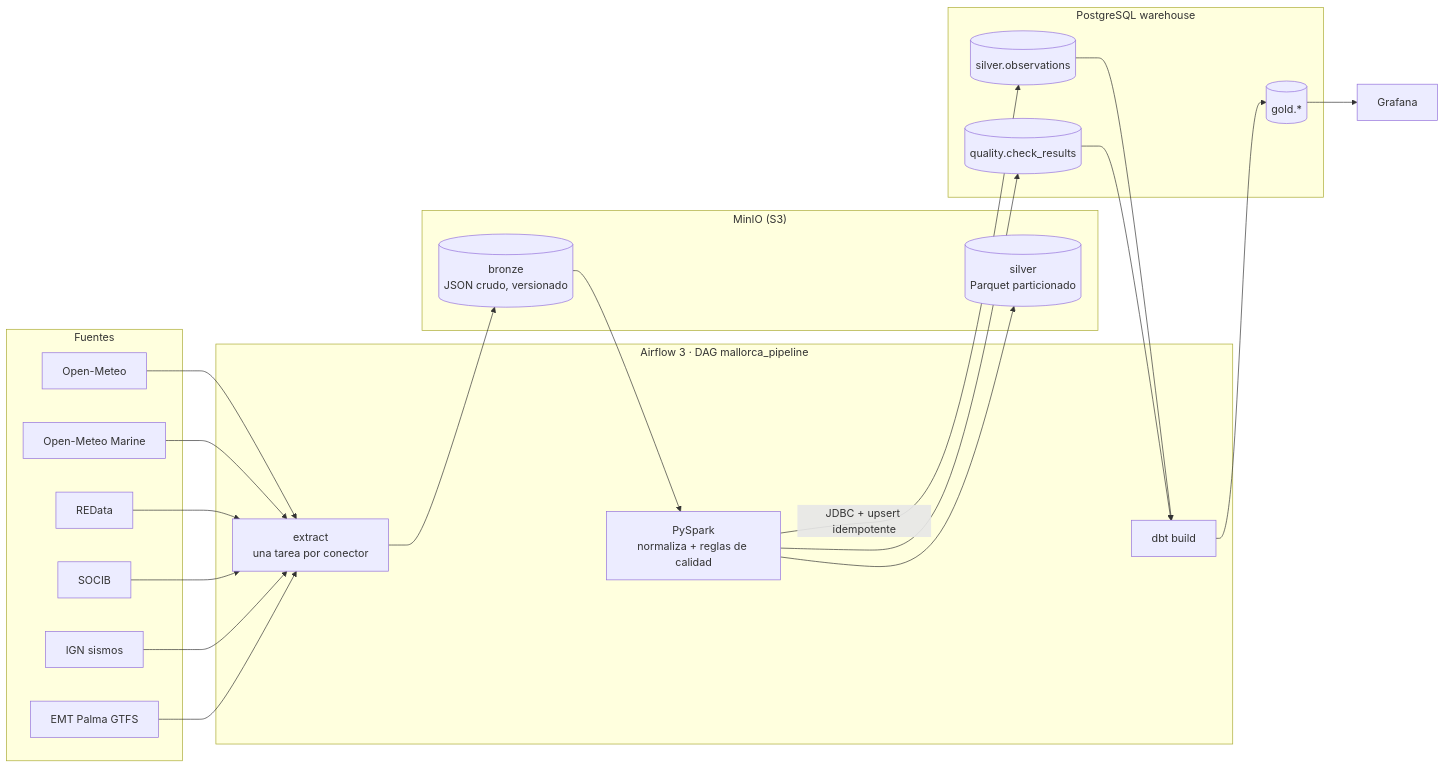
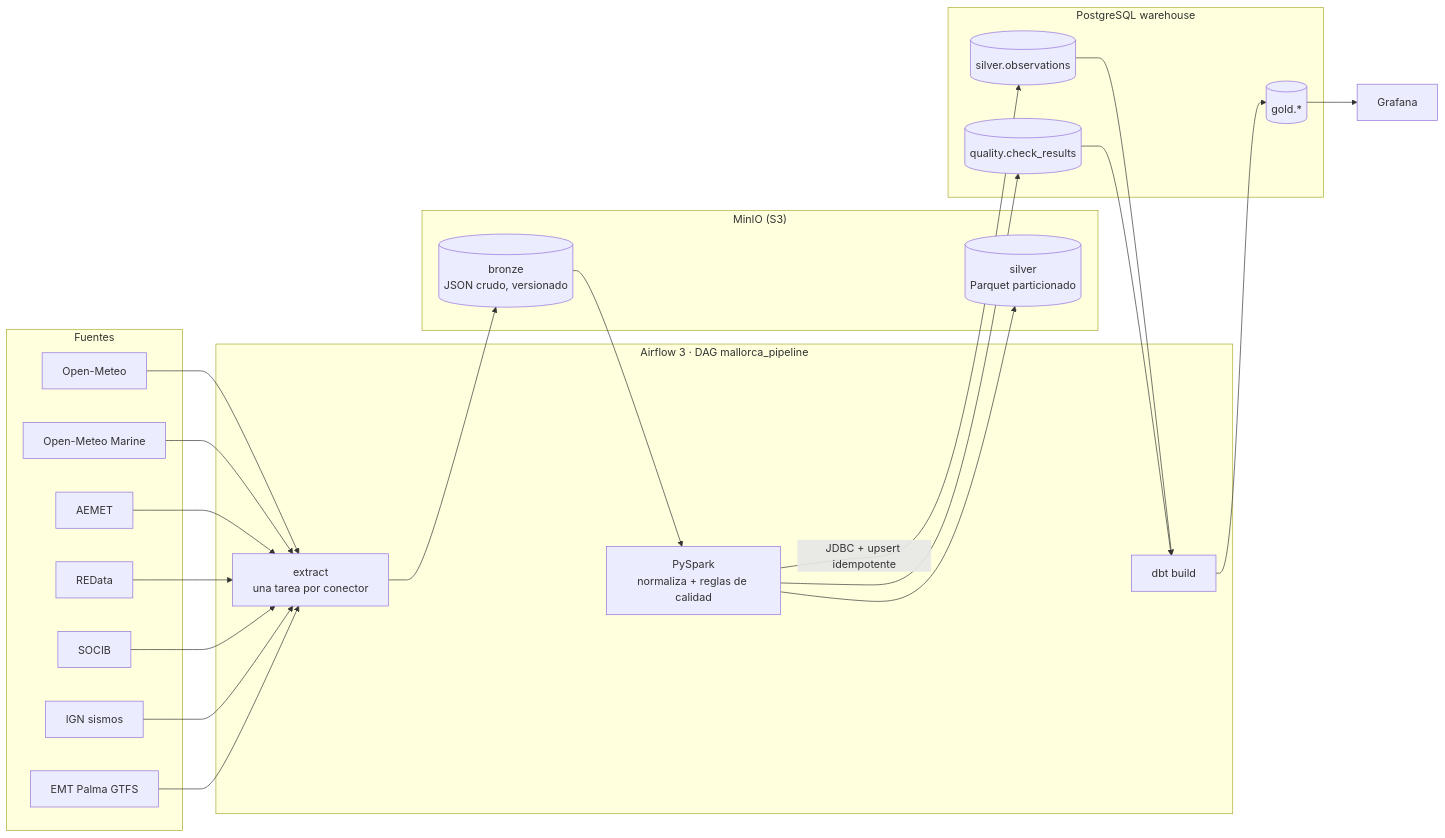
The diagram in README.md (AlexandreColl/MallorcaDataPlatform), drawn with Mermaid before and after one commit. The commit also changed other lines of this file and 4 other files, not shown here.

````diff
--- a/README.md
+++ b/README.md
@@ -20,31 +20,32 @@
 ```mermaid
 flowchart LR
     subgraph Fuentes
         OM[Open-Meteo]
         OMM[Open-Meteo Marine]
+        AE[AEMET]
         RD[REData]
         SO[SOCIB]
         IG[IGN sismos]
         EM[EMT Palma GTFS]
     end
     subgraph Airflow["Airflow 3 · DAG mallorca_pipeline"]
         EX[extract<br/>una tarea por conector]
         SP[PySpark<br/>normaliza + reglas de calidad]
         DBT[dbt build]
     end
     subgraph MinIO["MinIO (S3)"]
         BR[(bronze<br/>JSON crudo, versionado)]
         SL[(silver<br/>Parquet particionado)]
     end
     subgraph PG[PostgreSQL warehouse]
         SV[(silver.observations)]
         QC[(quality.check_results)]
         GD[(gold.*)]
     end
-    OM & OMM & RD & SO & IG & EM --> EX --> BR --> SP
+    OM & OMM & AE & RD & SO & IG & EM --> EX --> BR --> SP
     SP --> SL
     SP -->|JDBC + upsert idempotente| SV
     SP --> QC
     SV & QC --> DBT --> GD --> GF[Grafana]
     classDef next stroke-dasharray: 5 5
 ```
````
